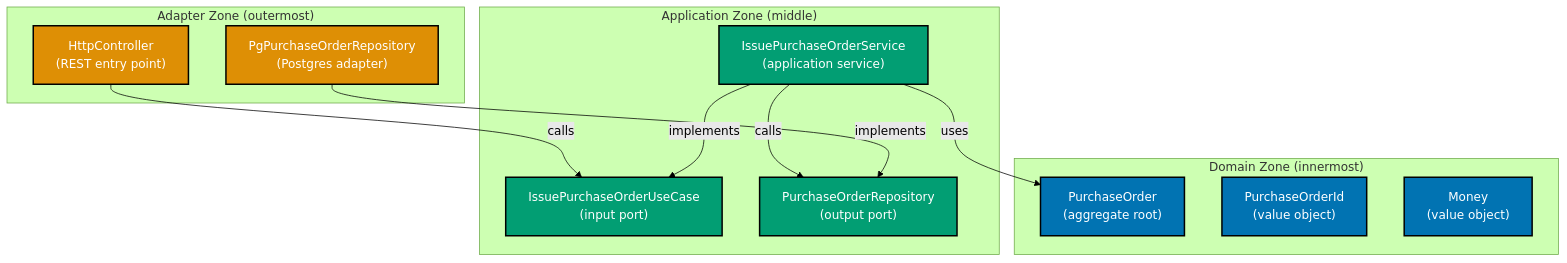
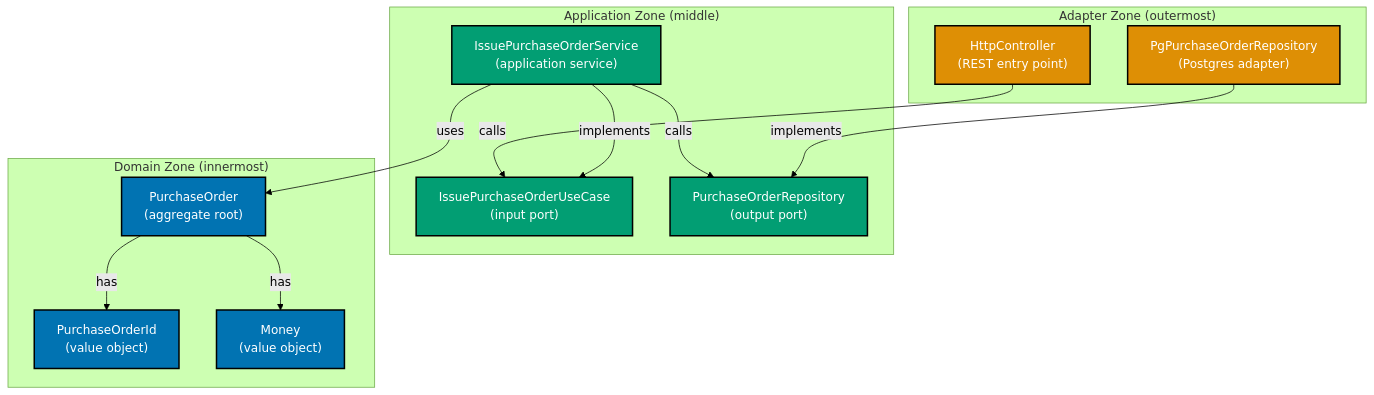
The diagram in apps/ayokoding-web/content/en/learn/software-engineering/software-architecture/hexagonal-architecture/in-oop-by-example/beginner.md (wahidyankf/open-sharia-enterprise), drawn with Mermaid (forest theme) before and after one commit. The commit also changed 11 other files, not shown here.

First line of the commit message:
fix(ayokoding-web): repair 28 mermaid violations in expansion files

````diff
--- a/apps/ayokoding-web/content/en/learn/software-engineering/software-architecture/hexagonal-architecture/in-oop-by-example/beginner.md
+++ b/apps/ayokoding-web/content/en/learn/software-engineering/software-architecture/hexagonal-architecture/in-oop-by-example/beginner.md
@@ -18,28 +18,30 @@
 ```mermaid
 %% Palette: Blue #0173B2, Teal #029E73, Orange #DE8F05
 graph TD
     subgraph Adapter["Adapter Zone (outermost)"]
         WEB["HttpController\n#40;REST entry point#41;"]:::orange
         DB["PgPurchaseOrderRepository\n#40;Postgres adapter#41;"]:::orange
     end
     subgraph Application["Application Zone (middle)"]
         UC["IssuePurchaseOrderUseCase\n#40;input port#41;"]:::teal
         REPO["PurchaseOrderRepository\n#40;output port#41;"]:::teal
         SVC["IssuePurchaseOrderService\n#40;application service#41;"]:::teal
     end
     subgraph Domain["Domain Zone (innermost)"]
         PO["PurchaseOrder\n#40;aggregate root#41;"]:::blue
         POID["PurchaseOrderId\n#40;value object#41;"]:::blue
         MONEY["Money\n#40;value object#41;"]:::blue
     end
 
-    WEB -->|"calls"| UC
-    SVC -->|"implements"| UC
-    SVC -->|"calls"| REPO
-    DB -->|"implements"| REPO
-    SVC -->|"uses"| PO
+    WEB -- "calls" --> UC
+    SVC -- "implements" --> UC
+    SVC -- "calls" --> REPO
+    DB -- "implements" --> REPO
+    SVC -- "uses" --> PO
+    PO -- "has" --> POID
+    PO -- "has" --> MONEY
 
     classDef blue fill:#0173B2,stroke:#000,color:#fff,stroke-width:2px
     classDef teal fill:#029E73,stroke:#000,color:#fff,stroke-width:2px
     classDef orange fill:#DE8F05,stroke:#000,color:#fff,stroke-width:2px
 ```
````
